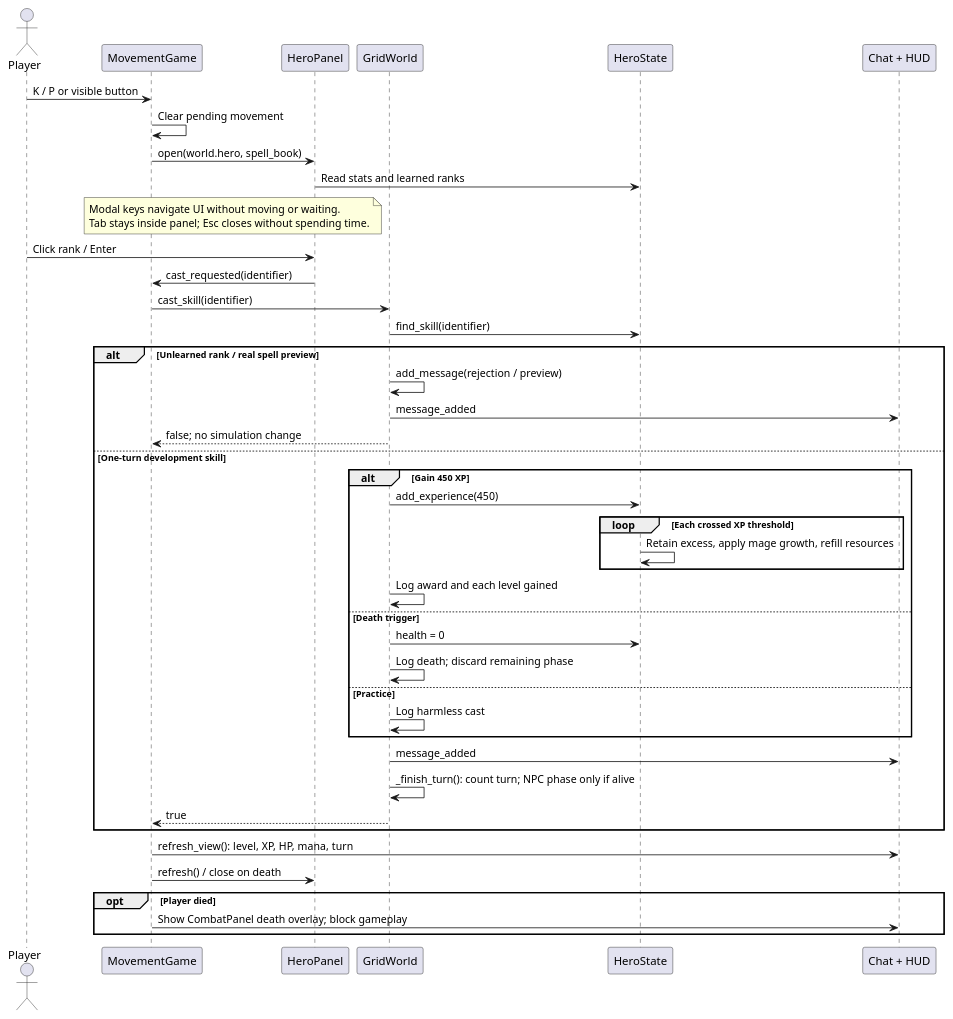
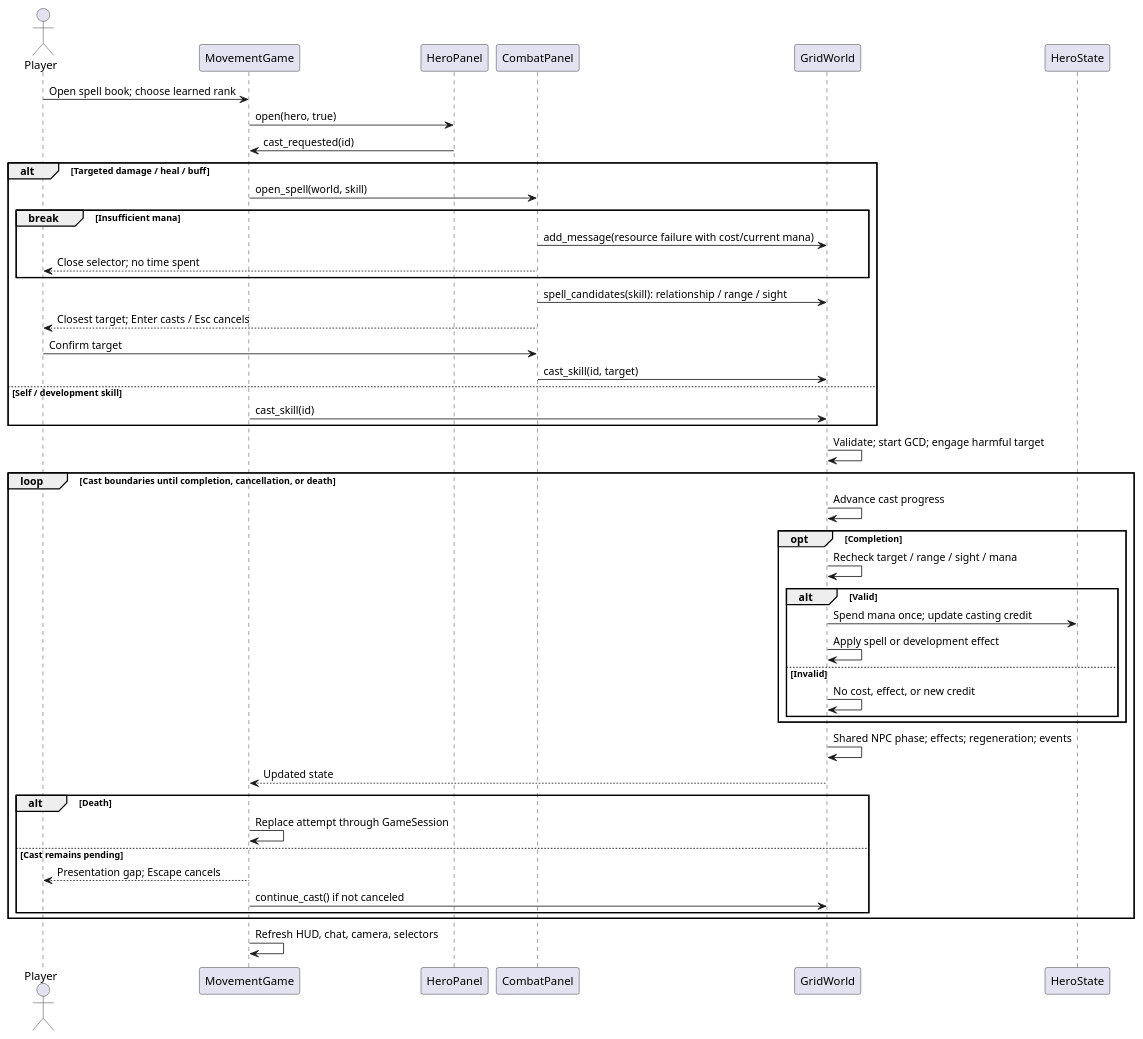
One commit to VHonzik/Ostinato changed the diagram in docs/architecture/sequences/hero_skill.puml. Above: the diagram before and after it, drawn with PlantUML. The commit also changed 43 other files, not shown here.

```diff
--- a/docs/architecture/sequences/hero_skill.puml
+++ b/docs/architecture/sequences/hero_skill.puml
@@ -1,49 +1,48 @@
 @startuml
 !pragma layout smetana
 skinparam shadowing false
 actor Player
 participant MovementGame as Game
-participant HeroPanel as Panel
+participant HeroPanel as Book
+participant CombatPanel as Targeting
 participant GridWorld as World
 participant HeroState as Hero
-participant "Chat + HUD" as View
-
-Player -> Game : K / P or visible button
-Game -> Game : Clear pending movement
-Game -> Panel : open(world.hero, spell_book)
-Panel -> Hero : Read stats and learned ranks
-note over Game, Panel
-Modal keys navigate UI without moving or waiting.
-Tab stays inside panel; Esc closes without spending time.
-end note
-Player -> Panel : Click rank / Enter
-Panel -> Game : cast_requested(identifier)
-Game -> World : cast_skill(identifier)
-World -> Hero : find_skill(identifier)
-alt Unlearned rank / real spell preview
-  World -> World : add_message(rejection / preview)
-  World -> View : message_added
-  World --> Game : false; no simulation change
-else One-turn development skill
-  alt Gain 450 XP
-    World -> Hero : add_experience(450)
-    loop Each crossed XP threshold
-      Hero -> Hero : Retain excess, apply mage growth, refill resources
+Player -> Game : Open spell book; choose learned rank
+Game -> Book : open(hero, true)
+Book -> Game : cast_requested(id)
+alt Targeted damage / heal / buff
+  Game -> Targeting : open_spell(world, skill)
+  break Insufficient mana
+    Targeting -> World : add_message(resource failure with cost/current mana)
+    Targeting --> Player : Close selector; no time spent
+  end
+  Targeting -> World : spell_candidates(skill): relationship / range / sight
+  Targeting --> Player : Closest target; Enter casts / Esc cancels
+  Player -> Targeting : Confirm target
+  Targeting -> World : cast_skill(id, target)
+else Self / development skill
+  Game -> World : cast_skill(id)
+end
+World -> World : Validate; start GCD; engage harmful target
+loop Cast boundaries until completion, cancellation, or death
+  World -> World : Advance cast progress
+  opt Completion
+    World -> World : Recheck target / range / sight / mana
+    alt Valid
+      World -> Hero : Spend mana once; update casting credit
+      World -> World : Apply spell or development effect
+    else Invalid
+      World -> World : No cost, effect, or new credit
     end
-    World -> World : Log award and each level gained
-  else Death trigger
-    World -> Hero : health = 0
-    World -> World : Log death; discard remaining phase
-  else Practice
-    World -> World : Log harmless cast
   end
-  World -> View : message_added
-  World -> World : _finish_turn(): count turn; NPC phase only if alive
-  World --> Game : true
+  World -> World : Shared NPC phase; effects; regeneration; events
+  World --> Game : Updated state
+  alt Death
+    Game -> Game : Replace attempt through GameSession
+  else Cast remains pending
+    Game --> Player : Presentation gap; Escape cancels
+    Game -> World : continue_cast() if not canceled
+  end
 end
-Game -> View : refresh_view(): level, XP, HP, mana, turn
-Game -> Panel : refresh() / close on death
-opt Player died
-  Game -> View : Show CombatPanel death overlay; block gameplay
-end
+Game -> Game : Refresh HUD, chat, camera, selectors
 @enduml
```
